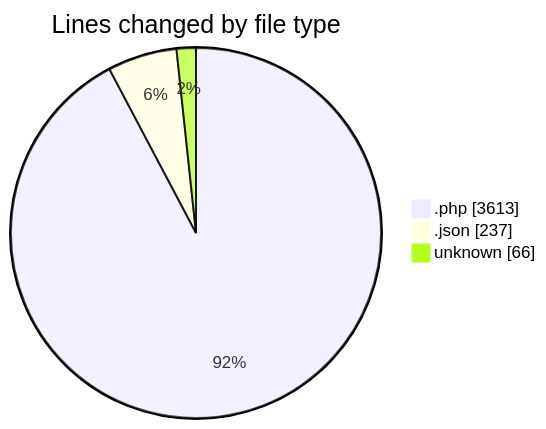
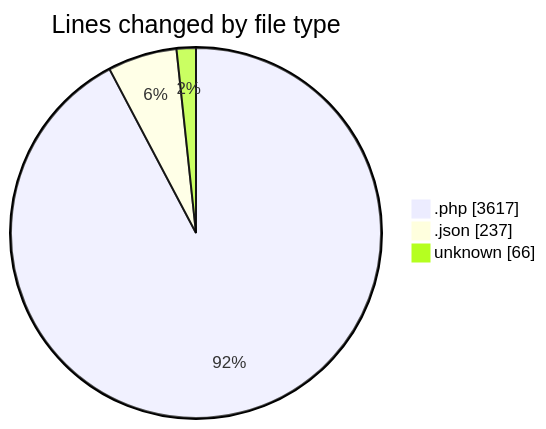
Before and after one commit to idhammustaqopulfikri/code-tracking: the first of 2 diagrams in 2025-06-06/sewa-mobil/README.md, drawn with Mermaid. The commit also changed other lines of this file and 1 other file, not shown here.

````diff
--- a/2025-06-06/sewa-mobil/README.md
+++ b/2025-06-06/sewa-mobil/README.md
@@ -33,7 +33,7 @@
 ```mermaid
 pie showData
 title Lines changed by file type
-".php" : 3613
+".php" : 3617
 ".json" : 237
 "unknown" : 66
 ```
````
